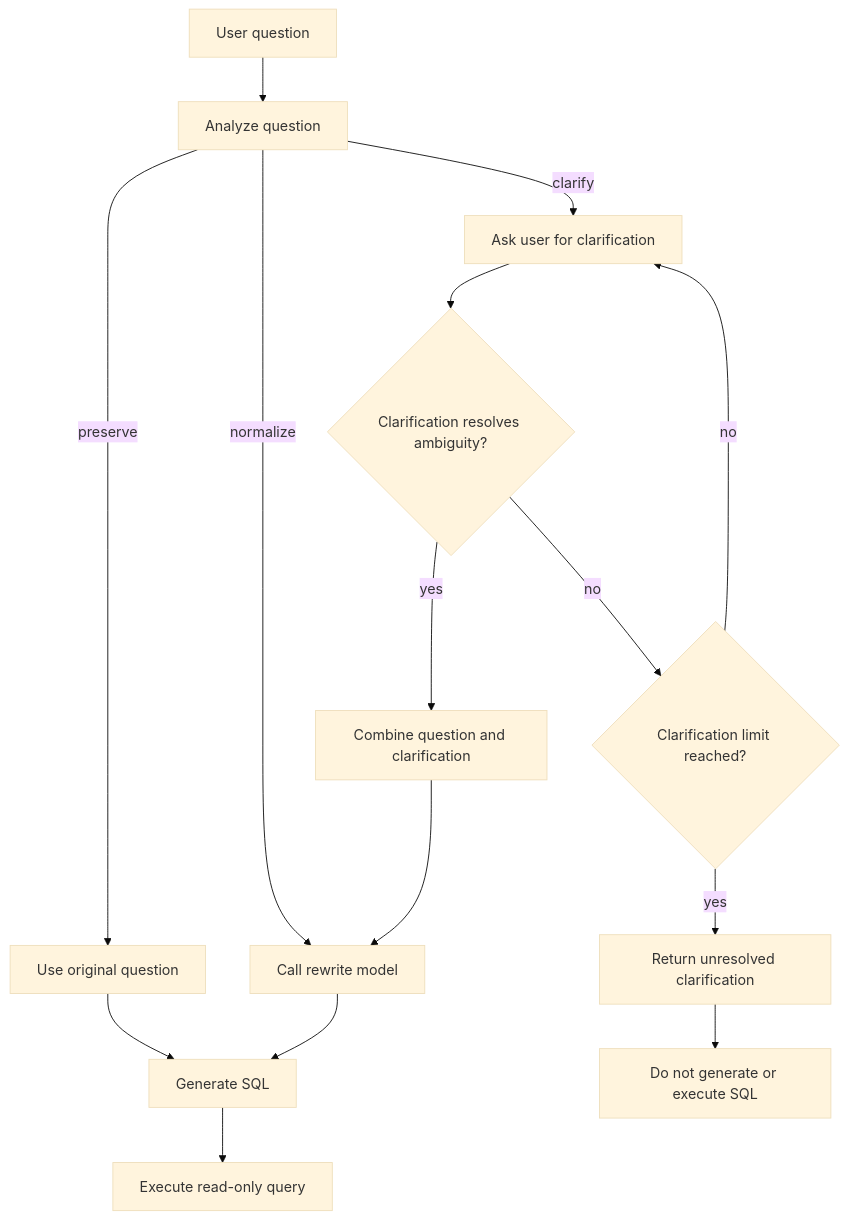
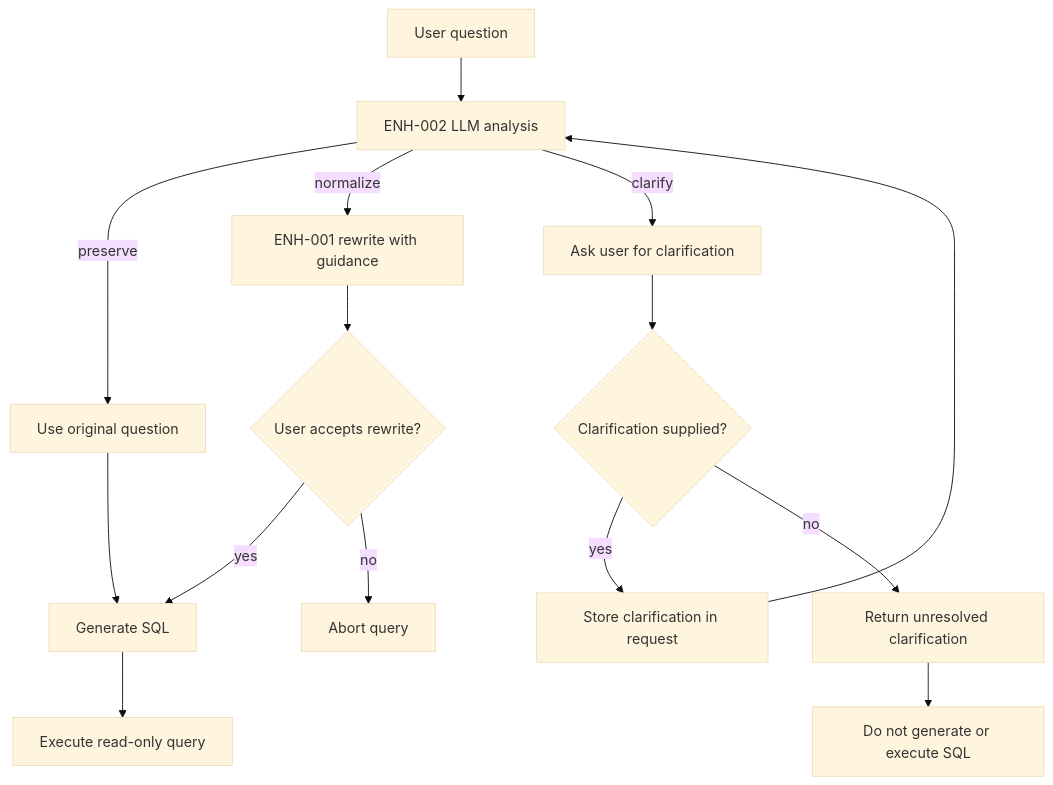
Before and after one commit to Moosa-Hassan/fyp: the diagram in enhancements/ENH-002.md, drawn with Mermaid (base theme). The commit also changed other lines of this file and 12 other files, not shown here.

````diff
--- a/enhancements/ENH-002.md
+++ b/enhancements/ENH-002.md
@@ -66,17 +94,17 @@
 ```mermaid
 flowchart TD
-    A[User question] --> B[Analyze question]
+    A[User question] --> B[ENH-002 LLM analysis]
     B -->|preserve| C[Use original question]
-    B -->|normalize| D[Call rewrite model]
+    B -->|normalize| D[ENH-001 rewrite with guidance]
     B -->|clarify| E[Ask user for clarification]
-    E --> F{Clarification resolves ambiguity?}
-    F -->|yes| G[Combine question and clarification]
-    G --> D
-    F -->|no| H{Clarification limit reached?}
-    H -->|no| E
-    H -->|yes| I[Return unresolved clarification]
-    C --> J[Generate SQL]
-    D --> J
-    I --> K[Do not generate or execute SQL]
-    J --> L[Execute read-only query]
+    E --> F{Clarification supplied?}
+    F -->|yes| G[Store clarification in request]
+    G --> B
+    F -->|no| H[Return unresolved clarification]
+    D --> I{User accepts rewrite?}
+    I -->|yes| J[Generate SQL]
+    I -->|no| K[Abort query]
+    C --> J
+    H --> L[Do not generate or execute SQL]
+    J --> M[Execute read-only query]
 ```
````
